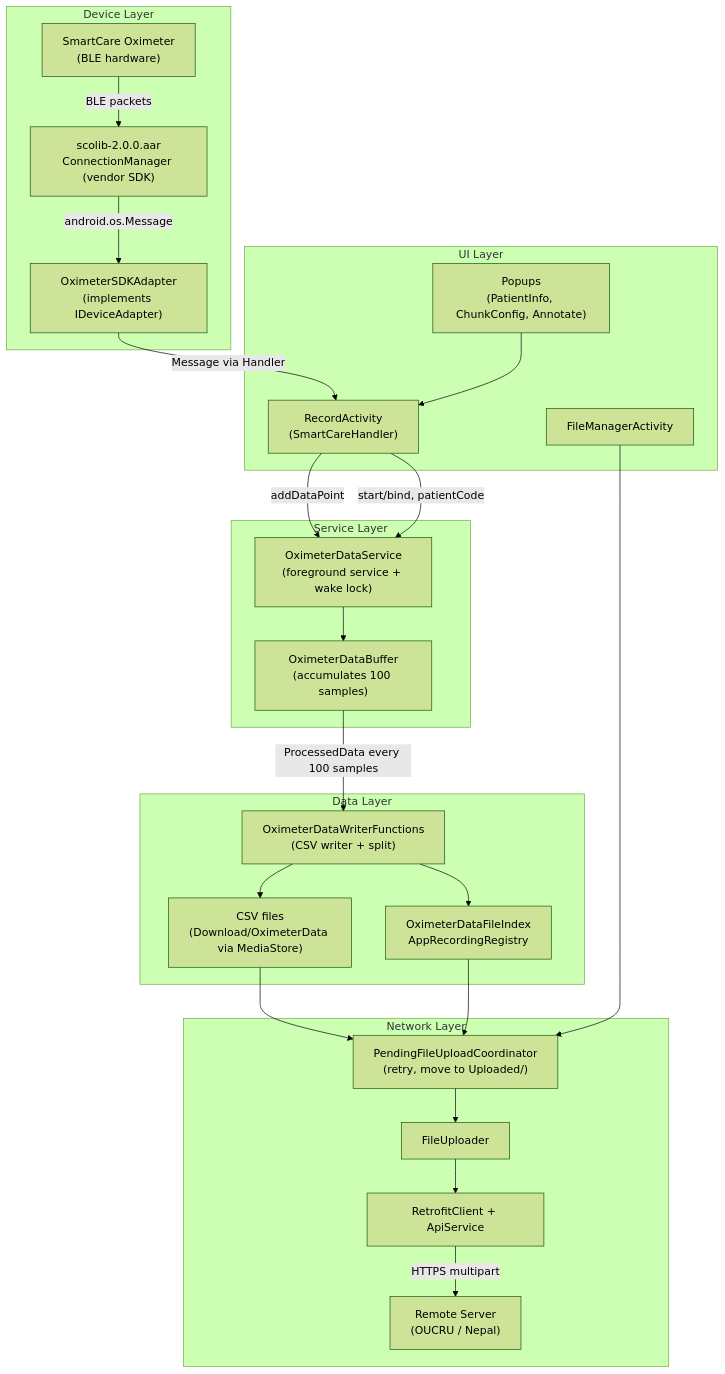
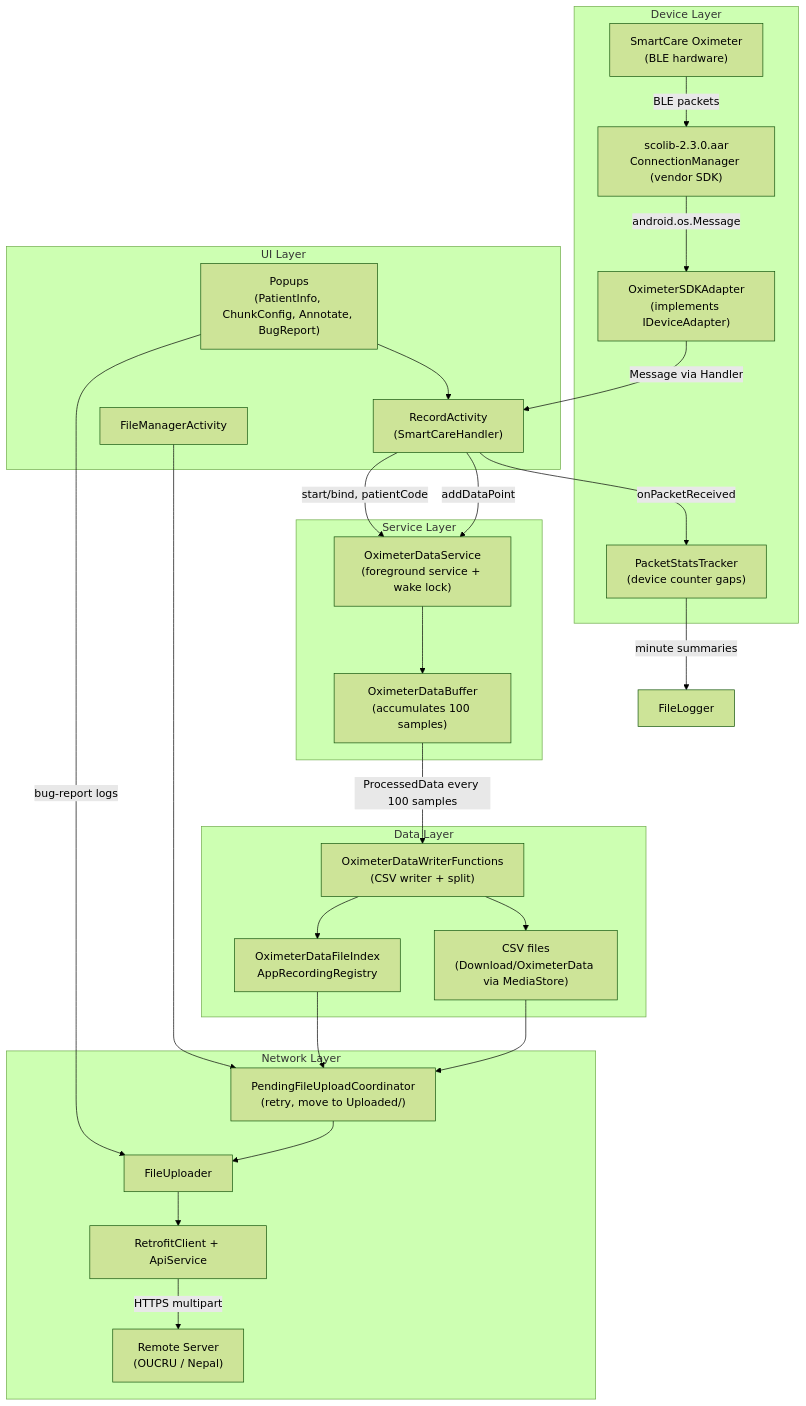
The diagram in docs/en/2-architecture/ARCHITECTURE-OVERVIEW.md (Oucru-Innovations/SmartCare-Capture), drawn with Mermaid (forest theme) before and after one commit. The commit also changed other lines of this file and 36 other files, not shown here.

Commit message:
docs: sync README and en/vi docs for logging, bug report, and file manager

````diff
--- a/docs/en/2-architecture/ARCHITECTURE-OVERVIEW.md
+++ b/docs/en/2-architecture/ARCHITECTURE-OVERVIEW.md
@@ -12,47 +12,51 @@
 ```mermaid
 flowchart TD
     subgraph DEV["Device Layer"]
         OX["SmartCare Oximeter<br/>(BLE hardware)"]
-        SCO["scolib-2.0.0.aar<br/>ConnectionManager (vendor SDK)"]
+        SCO["scolib-2.3.0.aar<br/>ConnectionManager (vendor SDK)"]
         ADP["OximeterSDKAdapter<br/>(implements IDeviceAdapter)"]
+        PST["PacketStatsTracker<br/>(device counter gaps)"]
         OX -->|BLE packets| SCO
         SCO -->|android.os.Message| ADP
     end
 
     subgraph UI["UI Layer"]
         RA["RecordActivity<br/>(SmartCareHandler)"]
         FMA["FileManagerActivity"]
-        POP["Popups<br/>(PatientInfo, ChunkConfig, Annotate)"]
+        POP["Popups<br/>(PatientInfo, ChunkConfig, Annotate, BugReport)"]
     end
 
     subgraph SVC["Service Layer"]
         ODS["OximeterDataService<br/>(foreground service + wake lock)"]
         BUF["OximeterDataBuffer<br/>(accumulates 100 samples)"]
     end
 
     subgraph DATA["Data Layer"]
         WRT["OximeterDataWriterFunctions<br/>(CSV writer + split)"]
         CSV["CSV files<br/>(Download/OximeterData via MediaStore)"]
         IDX["OximeterDataFileIndex<br/>AppRecordingRegistry"]
     end
 
     subgraph NET["Network Layer"]
         COORD["PendingFileUploadCoordinator<br/>(retry, move to Uploaded/)"]
         UP["FileUploader"]
         RC["RetrofitClient + ApiService"]
         SRV["Remote Server<br/>(OUCRU / Nepal)"]
     end
 
     ADP -->|Message via Handler| RA
+    RA -->|onPacketReceived| PST
+    PST -->|minute summaries| LOG["FileLogger"]
     RA -->|addDataPoint| ODS
     ODS --> BUF
     BUF -->|ProcessedData every 100 samples| WRT
     WRT --> CSV
     WRT --> IDX
     RA -->|start/bind, patientCode| ODS
     POP --> RA
     CSV --> COORD
     IDX --> COORD
     COORD --> UP --> RC -->|HTTPS multipart| SRV
     FMA --> COORD
+    POP -->|bug-report logs| UP
 ```
````
